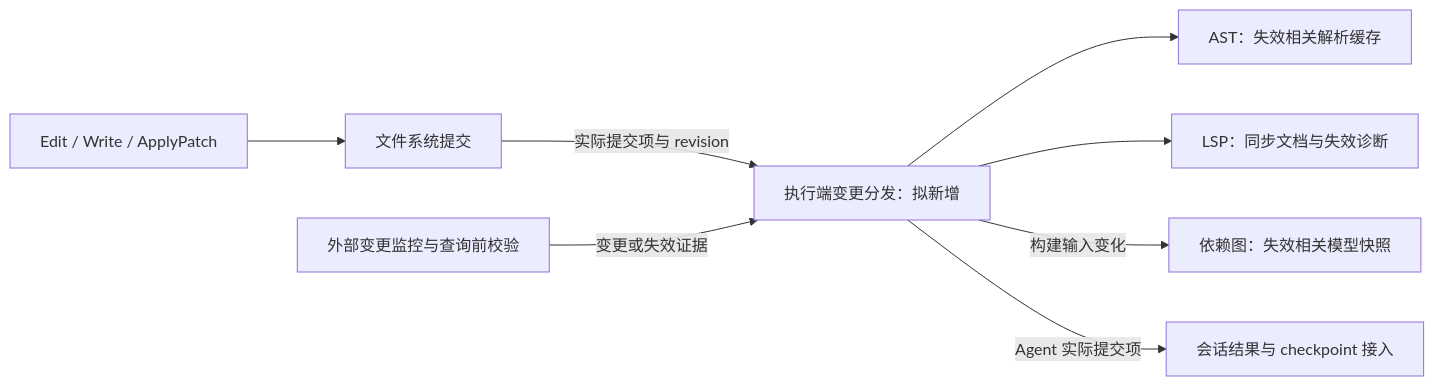
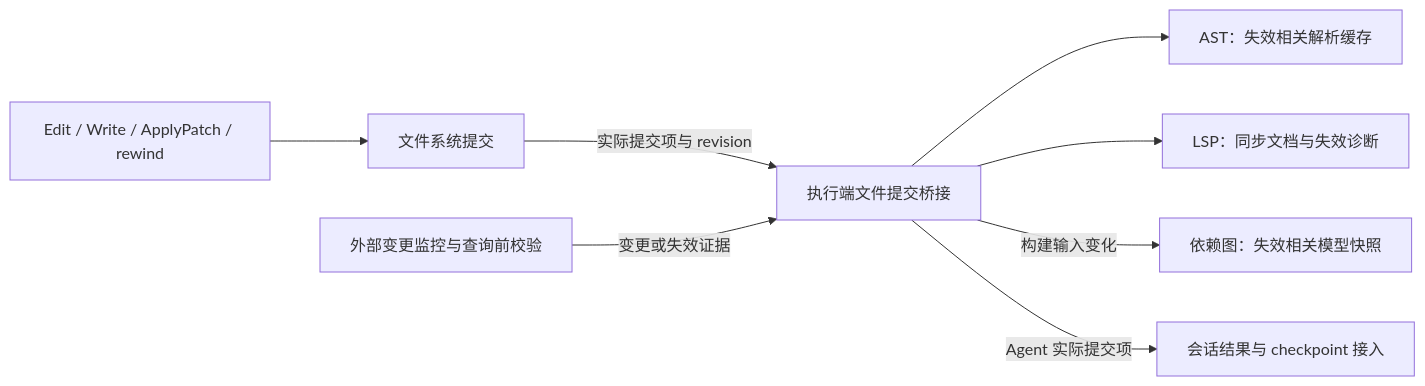
Before and after one commit to hammer2dev/mythic-harness: the diagram in specs/agent-tool-optimization/SPEC.md, drawn with Mermaid. The commit also changed other lines of this file and 128 other files, not shown here.

````diff
--- a/specs/agent-tool-optimization/SPEC.md
+++ b/specs/agent-tool-optimization/SPEC.md
@@ -55,10 +60,10 @@
 ```mermaid
 flowchart LR
-    W[Edit / Write / ApplyPatch] --> F[文件系统提交]
-    F -->|实际提交项与 revision| C[执行端变更分发：拟新增]
+    W[Edit / Write / ApplyPatch / rewind] --> F[文件系统提交]
+    F -->|实际提交项与 revision| C[执行端文件提交桥接]
     X[外部变更监控与查询前校验] -->|变更或失效证据| C
     C --> A[AST：失效相关解析缓存]
     C --> L[LSP：同步文档与失效诊断]
     C -->|构建输入变化| G[依赖图：失效相关模型快照]
     C -->|Agent 实际提交项| R[会话结果与 checkpoint 接入]
 ```
````
